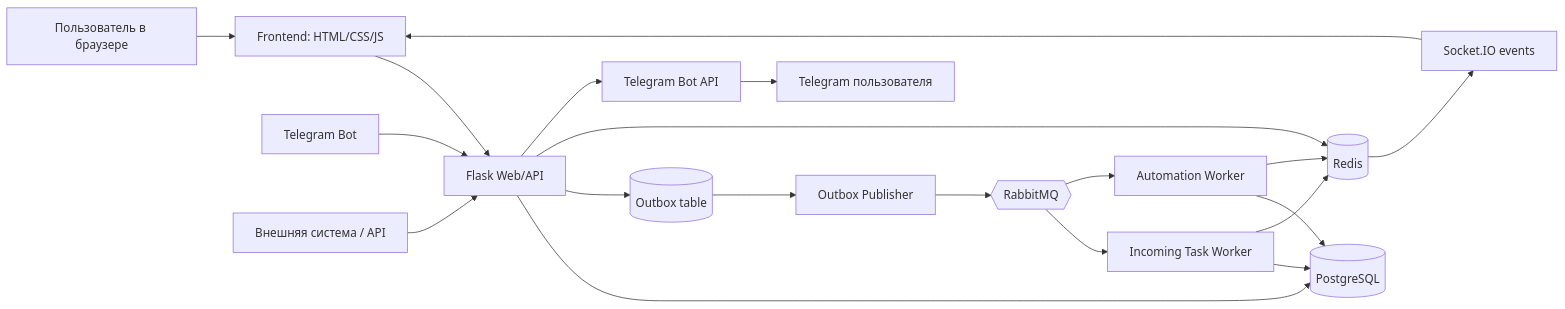
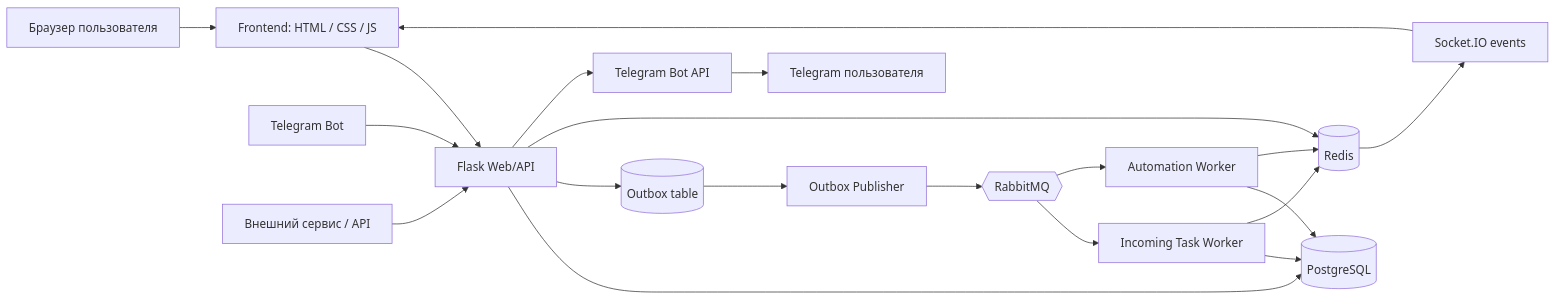
One commit to aaaaa23030/AI_slop changed the fourth of 5 diagrams in README.md. Above: the diagram before and after it, drawn with Mermaid. The commit also changed other lines of this file and 19 other files, not shown here.

Commit message:
Обновлён README: функции, схемы, скриншоты и планы развития

````diff
--- a/README.md
+++ b/README.md
@@ -95,30 +920,30 @@
 ```mermaid
 flowchart LR
-    User[Пользователь в браузере] --> Frontend[Frontend: HTML/CSS/JS]
+    Browser[Браузер пользователя] --> Frontend[Frontend: HTML / CSS / JS]
     Frontend --> Web[Flask Web/API]
 
     Telegram[Telegram Bot] --> Web
-    External[Внешняя система / API] --> Web
+    External[Внешний сервис / API] --> Web
 
-    Web --> Postgres[(PostgreSQL)]
+    Web --> DB[(PostgreSQL)]
     Web --> Outbox[(Outbox table)]
 
     Outbox --> Publisher[Outbox Publisher]
     Publisher --> RabbitMQ{{RabbitMQ}}
 
-    RabbitMQ --> Worker[Incoming Task Worker]
-    RabbitMQ --> Automation[Automation Worker]
+    RabbitMQ --> IncomingWorker[Incoming Task Worker]
+    RabbitMQ --> AutomationWorker[Automation Worker]
 
-    Worker --> Postgres
-    Automation --> Postgres
+    IncomingWorker --> DB
+    AutomationWorker --> DB
 
     Web --> Redis[(Redis)]
-    Worker --> Redis
-    Automation --> Redis
+    IncomingWorker --> Redis
+    AutomationWorker --> Redis
 
     Redis --> SocketIO[Socket.IO events]
     SocketIO --> Frontend
 
-    Web --> TgAPI[Telegram Bot API]
-    TgAPI --> TelegramUser[Telegram пользователя]
+    Web --> TelegramAPI[Telegram Bot API]
+    TelegramAPI --> TelegramUser[Telegram пользователя]
 ```
````
